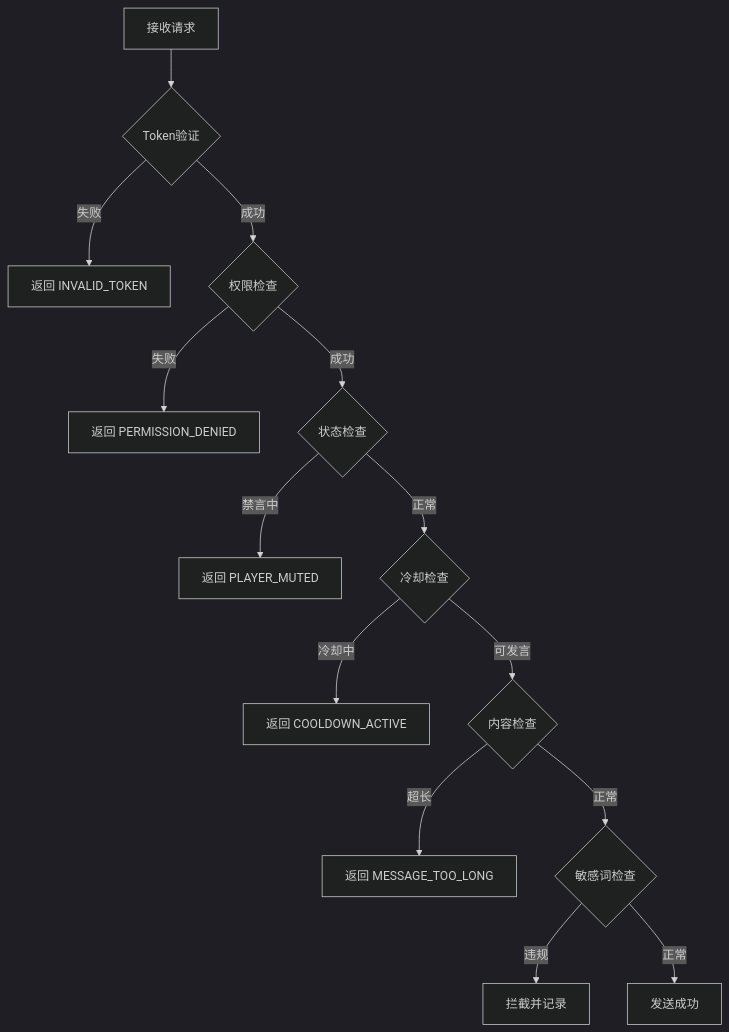
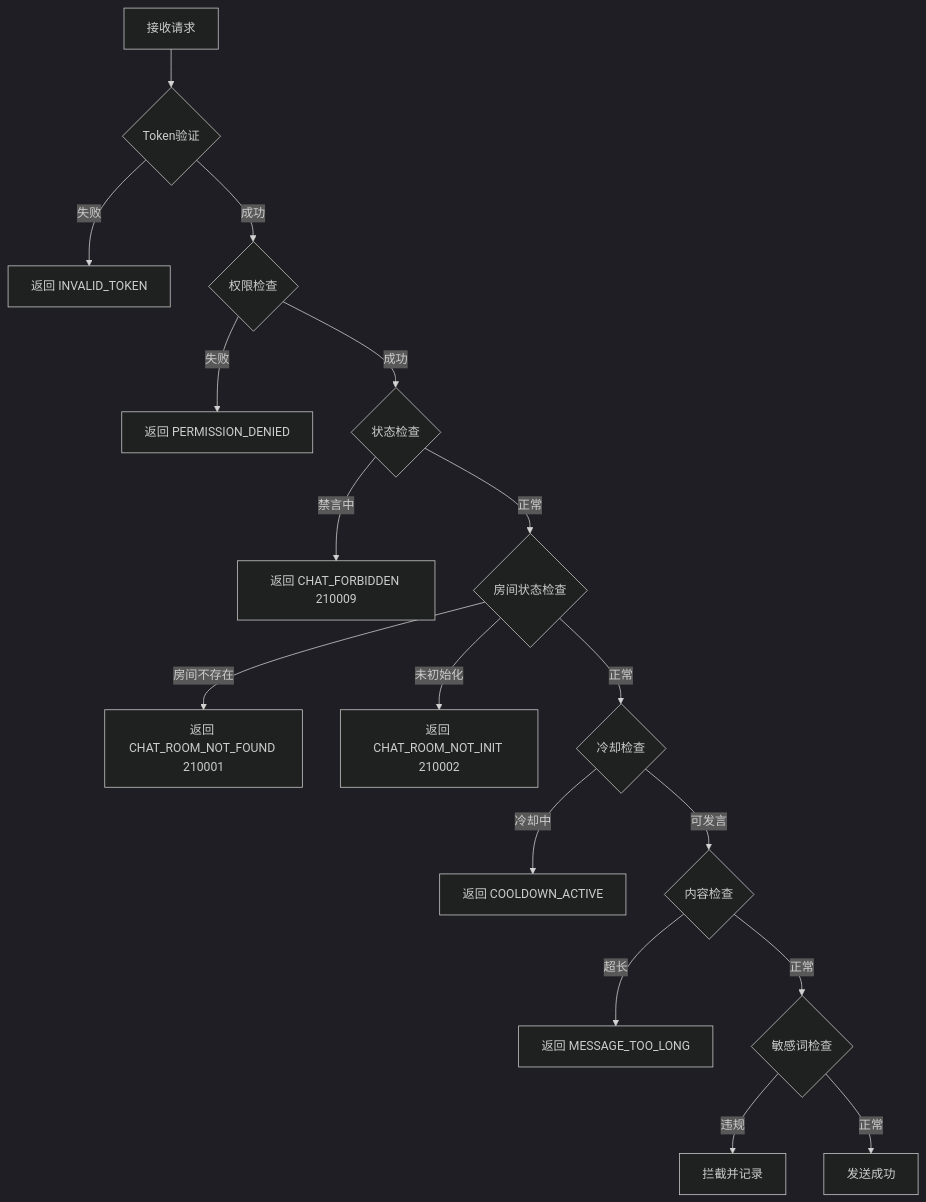
The sixth of 6 diagrams in docs/Module_Chat/02_协议文档.md (Alan-Ben/k2c_game_framework), drawn with Mermaid (dark theme) before and after one commit. The commit also changed other lines of this file and 32 other files, not shown here.

````diff
--- a/docs/Module_Chat/02_协议文档.md
+++ b/docs/Module_Chat/02_协议文档.md
@@ -841,16 +846,19 @@
 ```mermaid
 flowchart TD
     A[接收请求] --> B{Token验证}
     B -->|失败| C[返回 INVALID_TOKEN]
     B -->|成功| D{权限检查}
     D -->|失败| E[返回 PERMISSION_DENIED]
     D -->|成功| F{状态检查}
-    F -->|禁言中| G[返回 PLAYER_MUTED]
-    F -->|正常| H{冷却检查}
-    H -->|冷却中| I[返回 COOLDOWN_ACTIVE]
-    H -->|可发言| J{内容检查}
-    J -->|超长| K[返回 MESSAGE_TOO_LONG]
-    J -->|正常| L{敏感词检查}
-    L -->|违规| M[拦截并记录]
-    L -->|正常| N[发送成功]
+    F -->|禁言中| G[返回 CHAT_FORBIDDEN 210009]
+    F -->|正常| G2{房间状态检查}
+    G2 -->|房间不存在| H[返回 CHAT_ROOM_NOT_FOUND 210001]
+    G2 -->|未初始化| I[返回 CHAT_ROOM_NOT_INIT 210002]
+    G2 -->|正常| J{冷却检查}
+    J -->|冷却中| K[返回 COOLDOWN_ACTIVE]
+    J -->|可发言| L{内容检查}
+    L -->|超长| M[返回 MESSAGE_TOO_LONG]
+    L -->|正常| N{敏感词检查}
+    N -->|违规| O[拦截并记录]
+    N -->|正常| P[发送成功]
 ```
````
